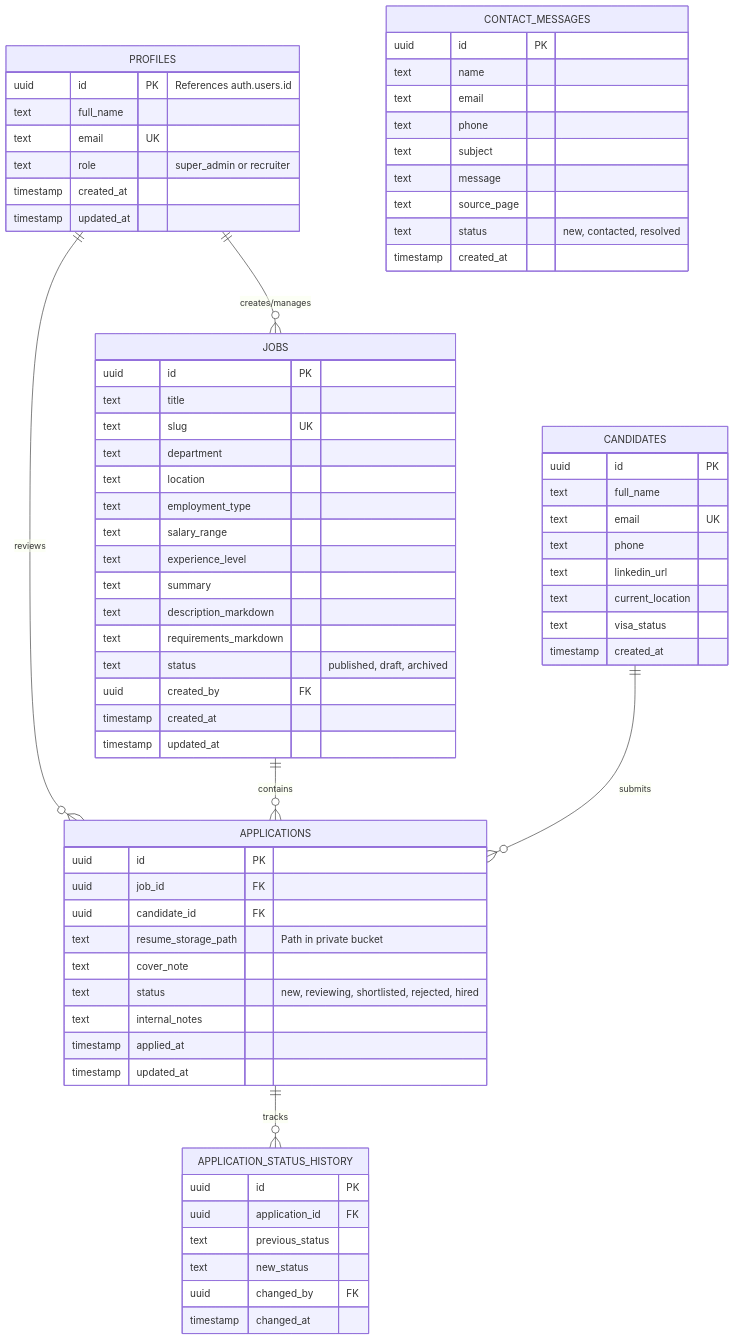
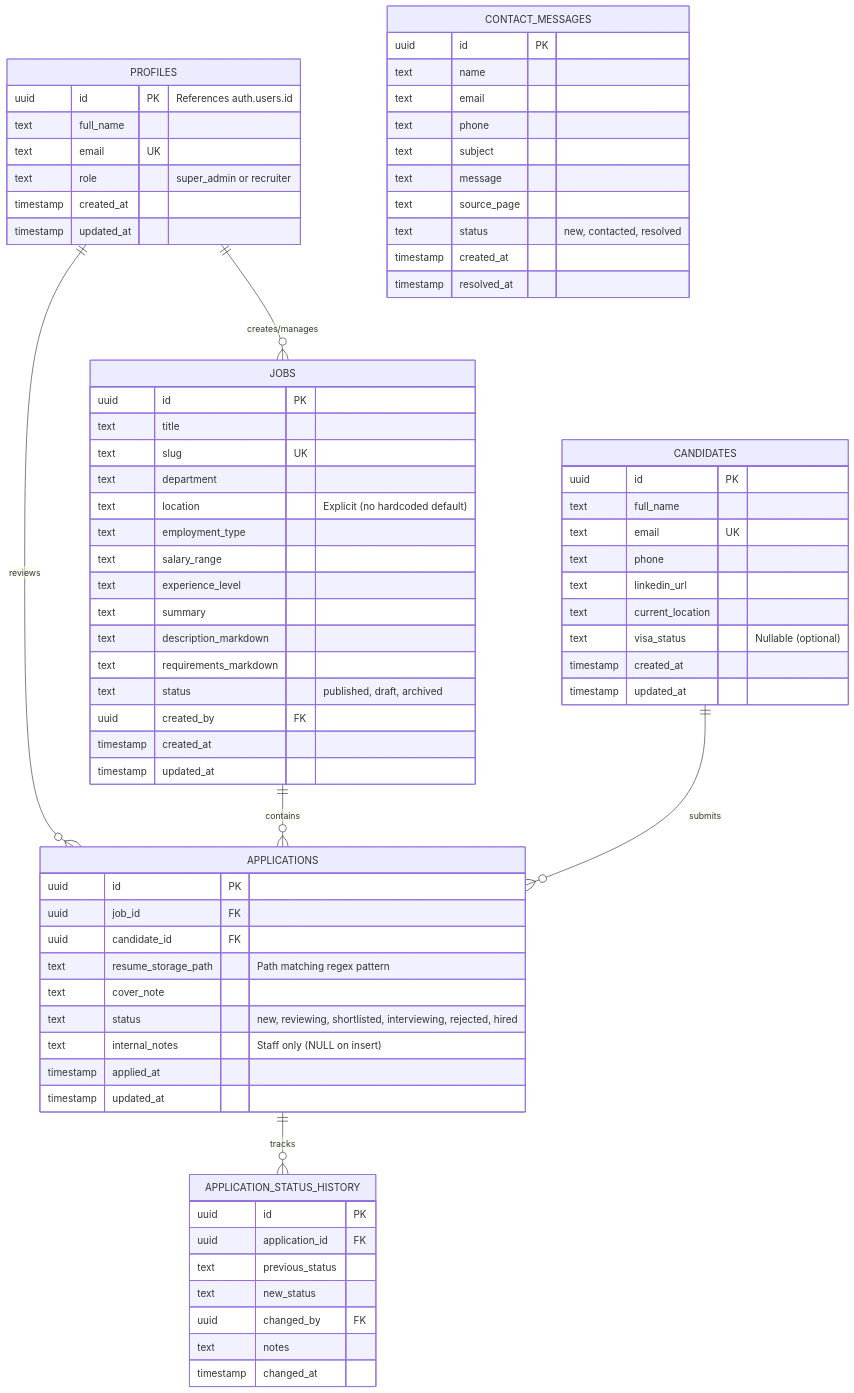
One commit to ridhamgohel2007-cmyk/solavanta-careers changed the diagram in docs/DATABASE_SCHEMA.md. Above: the diagram before and after it, drawn with Mermaid. The commit also changed other lines of this file and 2 other files, not shown here.

Commit message:
Phase 3 Security Remediation: Harden RLS policies, atomic submission RPC, storage path regex, and safe search_paths

````diff
--- a/docs/DATABASE_SCHEMA.md
+++ b/docs/DATABASE_SCHEMA.md
@@ -15,79 +15,82 @@
 ```mermaid
 erDiagram
     PROFILES ||--o{ APPLICATIONS : "reviews"
     PROFILES ||--o{ JOBS : "creates/manages"
     JOBS ||--o{ APPLICATIONS : "contains"
     CANDIDATES ||--o{ APPLICATIONS : "submits"
     APPLICATIONS ||--o{ APPLICATION_STATUS_HISTORY : "tracks"
     
     PROFILES {
         uuid id PK "References auth.users.id"
         text full_name
         text email UK
         text role "super_admin or recruiter"
         timestamp created_at
         timestamp updated_at
     }
 
     JOBS {
         uuid id PK
         text title
         text slug UK
         text department
-        text location
+        text location "Explicit (no hardcoded default)"
         text employment_type
         text salary_range
         text experience_level
         text summary
         text description_markdown
         text requirements_markdown
         text status "published, draft, archived"
         uuid created_by FK
         timestamp created_at
         timestamp updated_at
     }
 
     CANDIDATES {
         uuid id PK
         text full_name
         text email UK
         text phone
         text linkedin_url
         text current_location
-        text visa_status
+        text visa_status "Nullable (optional)"
         timestamp created_at
+        timestamp updated_at
     }
 
     APPLICATIONS {
         uuid id PK
         uuid job_id FK
         uuid candidate_id FK
-        text resume_storage_path "Path in private bucket"
+        text resume_storage_path "Path matching regex pattern"
         text cover_note
-        text status "new, reviewing, shortlisted, rejected, hired"
-        text internal_notes
+        text status "new, reviewing, shortlisted, interviewing, rejected, hired"
+        text internal_notes "Staff only (NULL on insert)"
         timestamp applied_at
         timestamp updated_at
     }
 
     APPLICATION_STATUS_HISTORY {
         uuid id PK
         uuid application_id FK
         text previous_status
         text new_status
         uuid changed_by FK
+        text notes
         timestamp changed_at
     }
 
     CONTACT_MESSAGES {
         uuid id PK
         text name
         text email
         text phone
         text subject
         text message
         text source_page
         text status "new, contacted, resolved"
         timestamp created_at
+        timestamp resolved_at
     }
 ```
````
